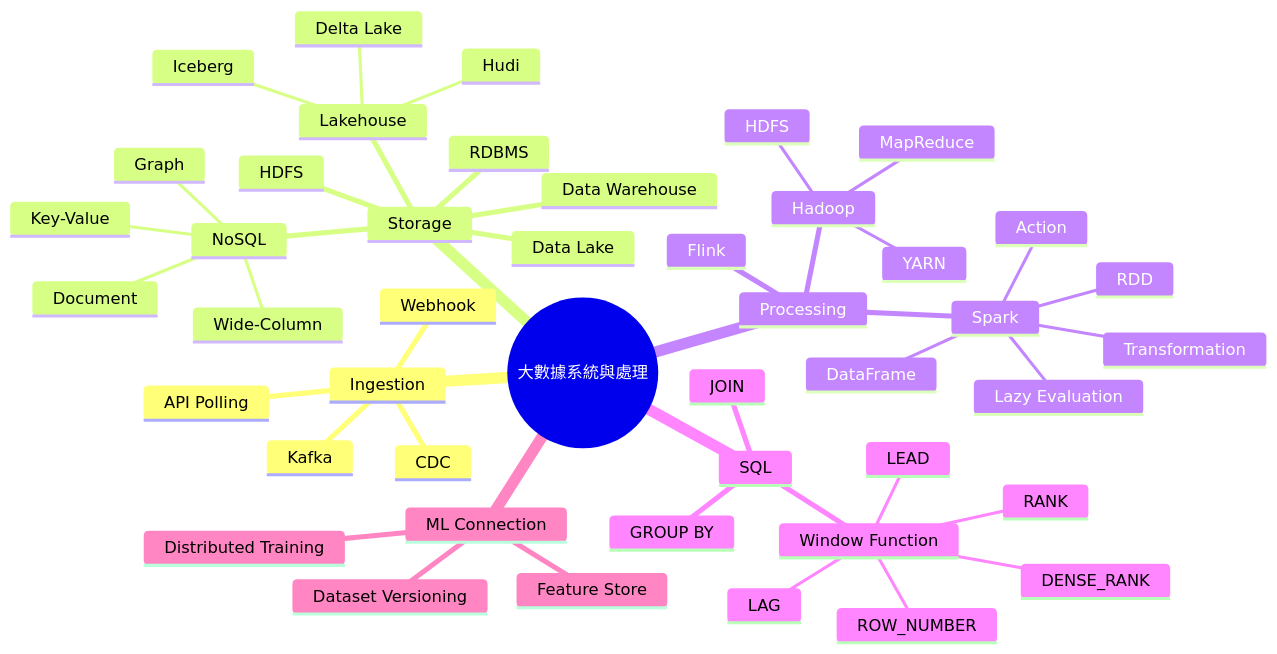
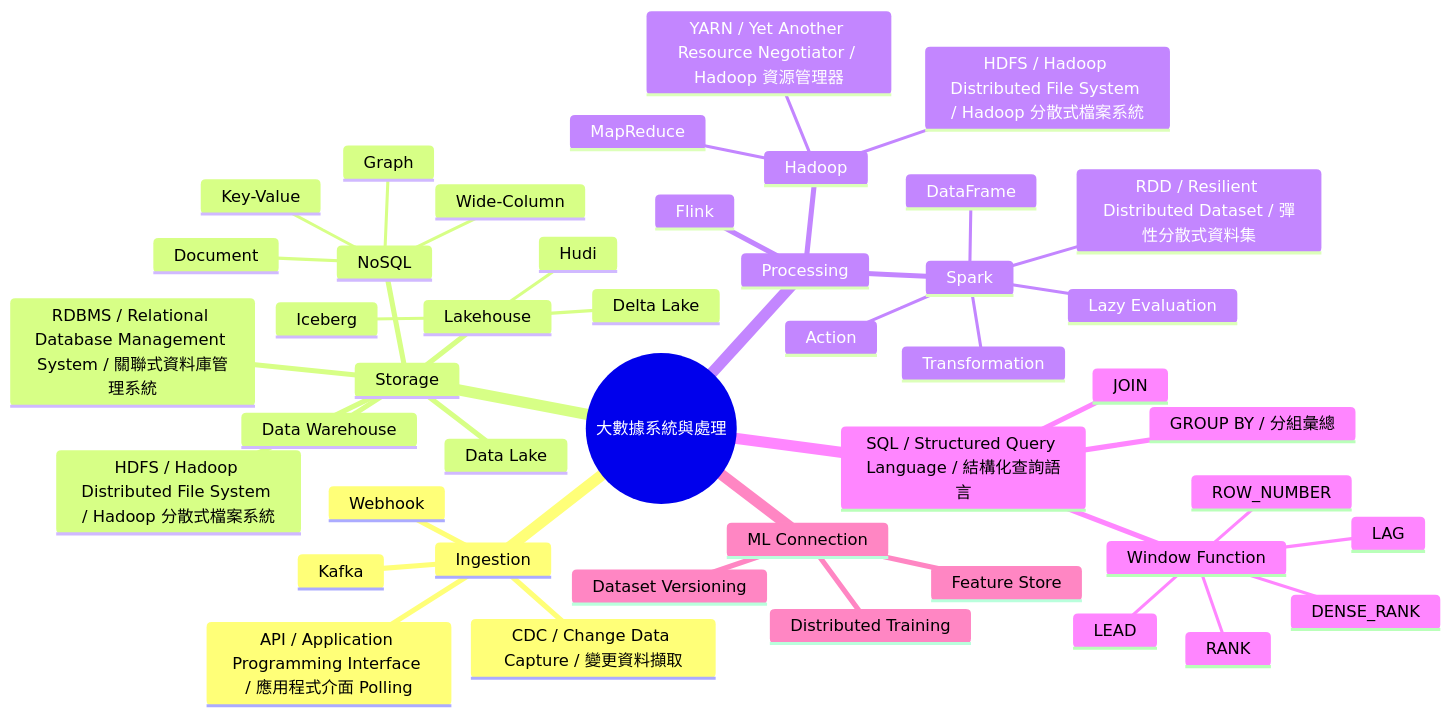
One commit to douglas168/levelcert changed the seventh of 10 diagrams in content/ipas/ipas-ai-mindmap.md. Above: the diagram before and after it, drawn with Mermaid. The commit also changed other lines of this file and 127 other files, not shown here.

````diff
--- a/content/ipas/ipas-ai-mindmap.md
+++ b/content/ipas/ipas-ai-mindmap.md
@@ -325,48 +325,48 @@
 ```mermaid
 mindmap
   root((大數據系統與處理))
     Ingestion
-      API Polling
+      API / Application Programming Interface / 應用程式介面 Polling
       Webhook
-      CDC
+      CDC / Change Data Capture / 變更資料擷取
       Kafka
     Storage
-      RDBMS
+      RDBMS / Relational Database Management System / 關聯式資料庫管理系統
       NoSQL
         Document
         Key-Value
         Wide-Column
         Graph
       Data Lake
       Data Warehouse
       Lakehouse
         Delta Lake
         Iceberg
         Hudi
-      HDFS
+      HDFS / Hadoop Distributed File System / Hadoop 分散式檔案系統
     Processing
       Hadoop
-        HDFS
-        YARN
+        HDFS / Hadoop Distributed File System / Hadoop 分散式檔案系統
+        YARN / Yet Another Resource Negotiator / Hadoop 資源管理器
         MapReduce
       Spark
-        RDD
+        RDD / Resilient Distributed Dataset / 彈性分散式資料集
         DataFrame
         Lazy Evaluation
         Transformation
         Action
       Flink
-    SQL
+    SQL / Structured Query Language / 結構化查詢語言
       JOIN
-      GROUP BY
+      GROUP BY / 分組彙總
       Window Function
         ROW_NUMBER
         RANK
         DENSE_RANK
         LAG
         LEAD
     ML Connection
       Feature Store
       Dataset Versioning
       Distributed Training
 ```
````
